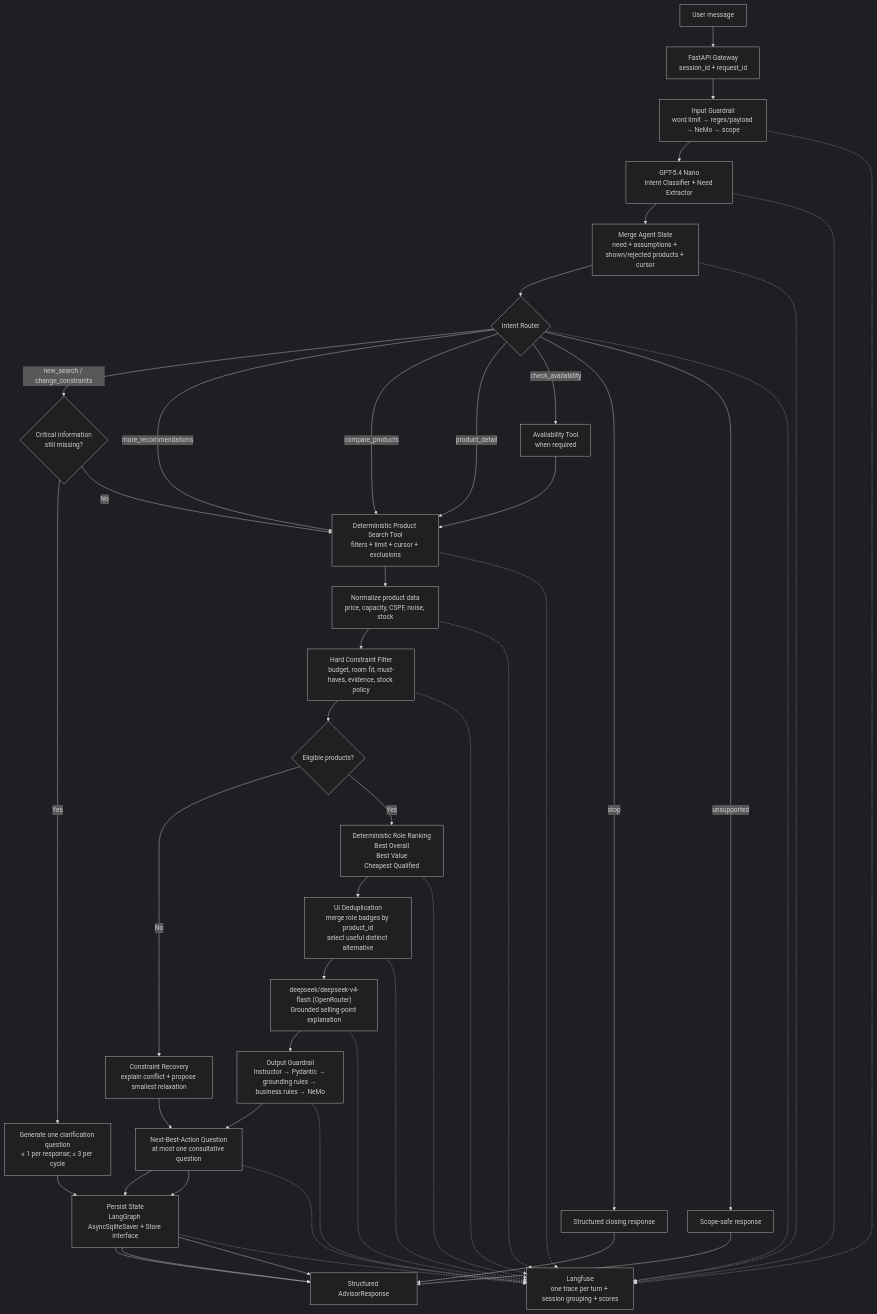
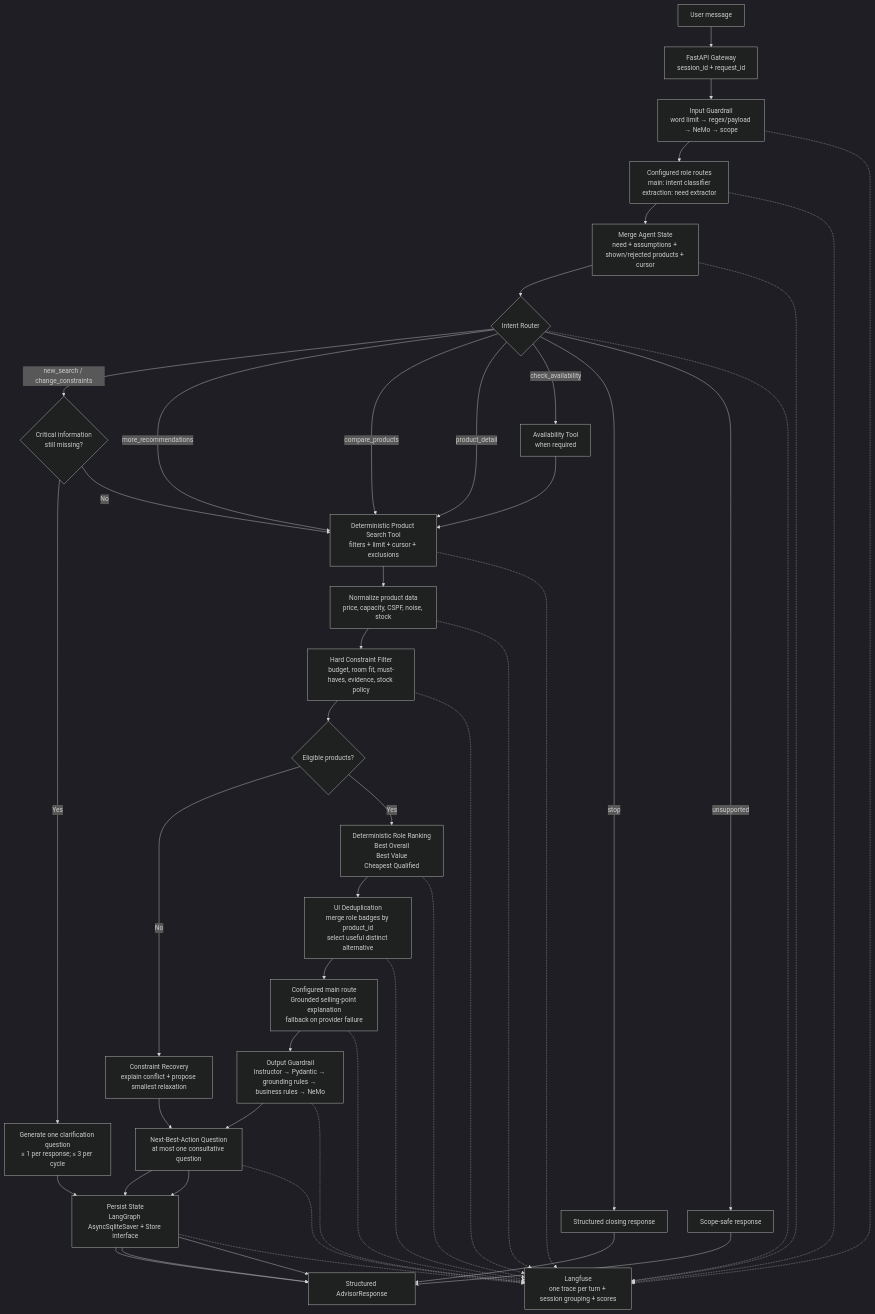
The first of 2 diagrams in ARCHITECTURE.md (MathematicGuy/AI-Hackathon-2026), drawn with Mermaid (dark theme) before and after one commit. The commit also changed other lines of this file and 5 other files, not shown here.

````diff
--- a/ARCHITECTURE.md
+++ b/ARCHITECTURE.md
@@ -118,78 +118,78 @@
 ```mermaid
 flowchart TD
     USER["User message"]
 
     API["FastAPI Gateway<br/>session_id + request_id"]
 
     INPUT_GUARD["Input Guardrail<br/>word limit → regex/payload → NeMo → scope"]
 
-    INTENT["GPT-5.4 Nano<br/>Intent Classifier + Need Extractor"]
+    INTENT["Configured role routes<br/>main: intent classifier<br/>extraction: need extractor"]
 
     MERGE["Merge Agent State<br/>need + assumptions + shown/rejected products + cursor"]
 
     ROUTER{"Intent Router"}
 
     CLARIFY{"Critical information<br/>still missing?"}
     ASK["Generate one clarification question<br/>≤ 1 per response; ≤ 3 per cycle"]
 
     SEARCH["Deterministic Product Search Tool<br/>filters + limit + cursor + exclusions"]
     AVAILABILITY["Availability Tool<br/>when required"]
 
     NORMALIZE["Normalize product data<br/>price, capacity, CSPF, noise, stock"]
     FILTER["Hard Constraint Filter<br/>budget, room fit, must-haves, evidence, stock policy"]
     AVAILABLE{"Eligible products?"}
 
     RECOVER["Constraint Recovery<br/>explain conflict + propose smallest relaxation"]
 
     RANK["Deterministic Role Ranking<br/>Best Overall<br/>Best Value<br/>Cheapest Qualified"]
 
     DEDUPE["UI Deduplication<br/>merge role badges by product_id<br/>select useful distinct alternative"]
 
-    EXPLAIN["deepseek/deepseek-v4-flash (OpenRouter)<br/>Grounded selling-point explanation"]
+    EXPLAIN["Configured main route<br/>Grounded selling-point explanation<br/>fallback on provider failure"]
 
     OUTPUT_GUARD["Output Guardrail<br/>Instructor → Pydantic → grounding rules → business rules → NeMo"]
 
     NEXT["Next-Best-Action Question<br/>at most one consultative question"]
 
     MEMORY["Persist State<br/>LangGraph AsyncSqliteSaver + Store interface"]
 
     RESPONSE["Structured AdvisorResponse"]
 
     STOP["Structured closing response"]
     UNSUPPORTED["Scope-safe response"]
 
     TRACE["Langfuse<br/>one trace per turn + session grouping + scores"]
 
     USER --> API --> INPUT_GUARD --> INTENT --> MERGE --> ROUTER
 
     ROUTER -- "new_search / change_constraints" --> CLARIFY
     CLARIFY -- "Yes" --> ASK --> MEMORY --> RESPONSE
     CLARIFY -- "No" --> SEARCH
 
     ROUTER -- "more_recommendations" --> SEARCH
     ROUTER -- "compare_products" --> SEARCH
     ROUTER -- "product_detail" --> SEARCH
     ROUTER -- "check_availability" --> AVAILABILITY --> SEARCH
     ROUTER -- "stop" --> STOP --> RESPONSE
     ROUTER -- "unsupported" --> UNSUPPORTED --> RESPONSE
 
     SEARCH --> NORMALIZE --> FILTER --> AVAILABLE
 
     AVAILABLE -- "No" --> RECOVER --> NEXT --> MEMORY --> RESPONSE
     AVAILABLE -- "Yes" --> RANK --> DEDUPE --> EXPLAIN --> OUTPUT_GUARD
     OUTPUT_GUARD --> NEXT --> MEMORY --> RESPONSE
 
     INPUT_GUARD -.-> TRACE
     INTENT -.-> TRACE
     MERGE -.-> TRACE
     ROUTER -.-> TRACE
     SEARCH -.-> TRACE
     NORMALIZE -.-> TRACE
     FILTER -.-> TRACE
     RANK -.-> TRACE
     DEDUPE -.-> TRACE
     EXPLAIN -.-> TRACE
     OUTPUT_GUARD -.-> TRACE
     NEXT -.-> TRACE
     MEMORY -.-> TRACE
 ```
````
